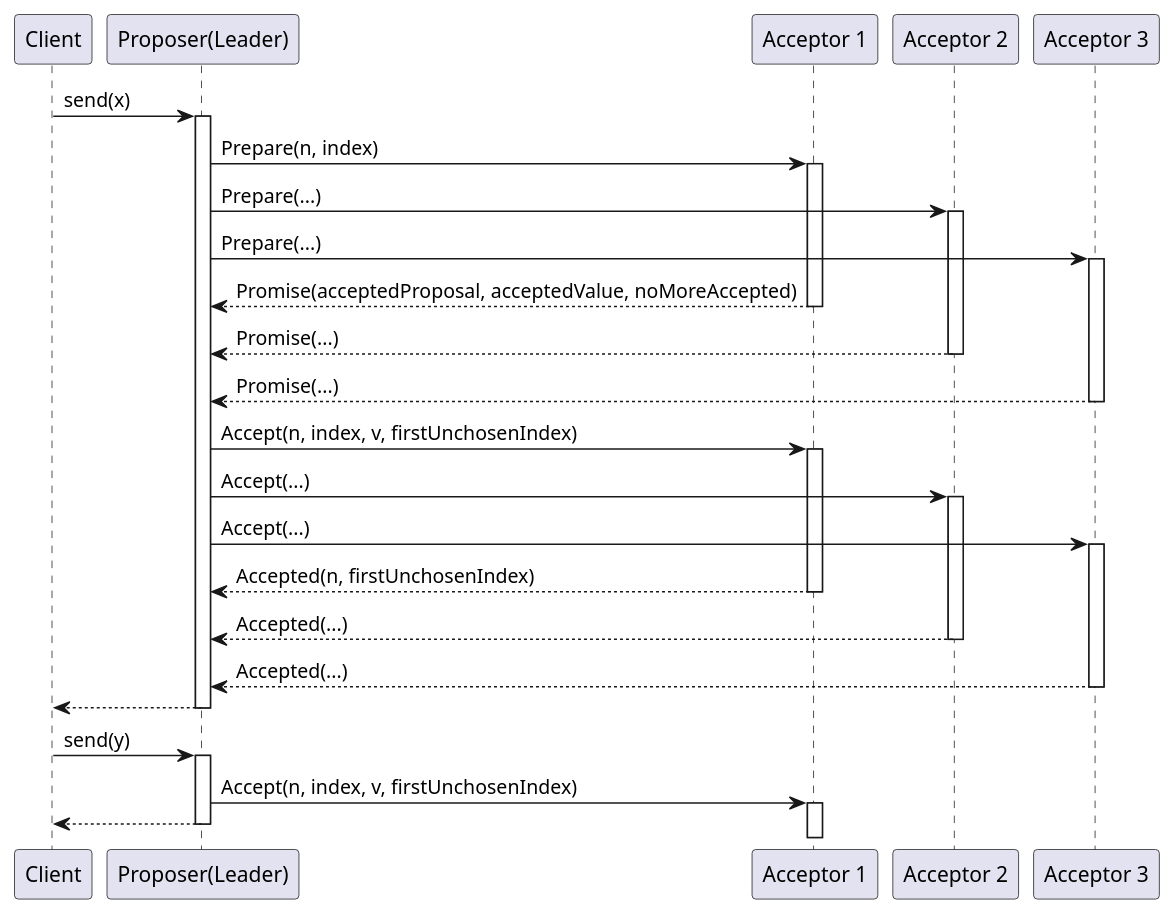
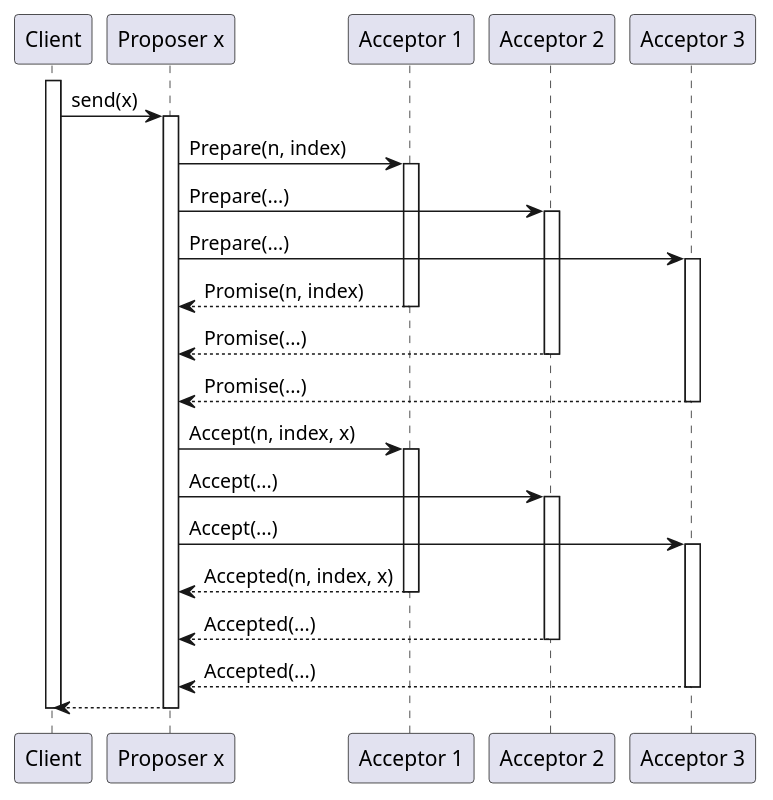
One commit to nocnob/notfound changed the diagram in src/pages/posts/distribution-paxos-multi.adoc. Above: the diagram before and after it, drawn with PlantUML. The commit also changed other lines of this file, not shown here.

Commit message:
修改：     src/pages/posts/distribution-paxos-multi.adoc

```diff
--- a/src/pages/posts/distribution-paxos-multi.adoc
+++ b/src/pages/posts/distribution-paxos-multi.adoc
@@ -11,50 +13,44 @@
 [source,plantuml]
 ----
 @startuml
 participant Client as c
-participant "Proposer(Leader)" as p
+participant "Proposer x" as p
 participant "Acceptor 1" as a1
 participant "Acceptor 2" as a2
 participant "Acceptor 3" as a3
 
+activate c
 c -> p : send(x)
 activate p
+
 p -> a1 : Prepare(n, index)
 activate a1
 p -> a2 : Prepare(...)
 activate a2
 p -> a3 : Prepare(...)
 activate a3
-p <-- a1 : Promise(acceptedProposal, acceptedValue, noMoreAccepted)
+p <-- a1 : Promise(n, index)
 deactivate a1
 p <-- a2 : Promise(...)
 deactivate a2
 p <-- a3 : Promise(...)
 deactivate a3
 
-p -> a1 : Accept(n, index, v, firstUnchosenIndex)
+p -> a1 : Accept(n, index, x)
 activate a1
 p -> a2 : Accept(...)
 activate a2
 p -> a3 : Accept(...)
 activate a3
-p <-- a1 : Accepted(n, firstUnchosenIndex)
+p <-- a1 : Accepted(n, index, x)
 deactivate a1
 p <-- a2 : Accepted(...)
 deactivate a2
 p <-- a3 : Accepted(...)
 deactivate a3
 
 c <-- p
 deactivate p
-
-c -> p : send(y)
-activate p
-
-p -> a1 : Accept(n, index, v, firstUnchosenIndex)
-activate a1
-
-c <-- p
-deactivate p
+deactivate c
 @enduml
 ----
```
